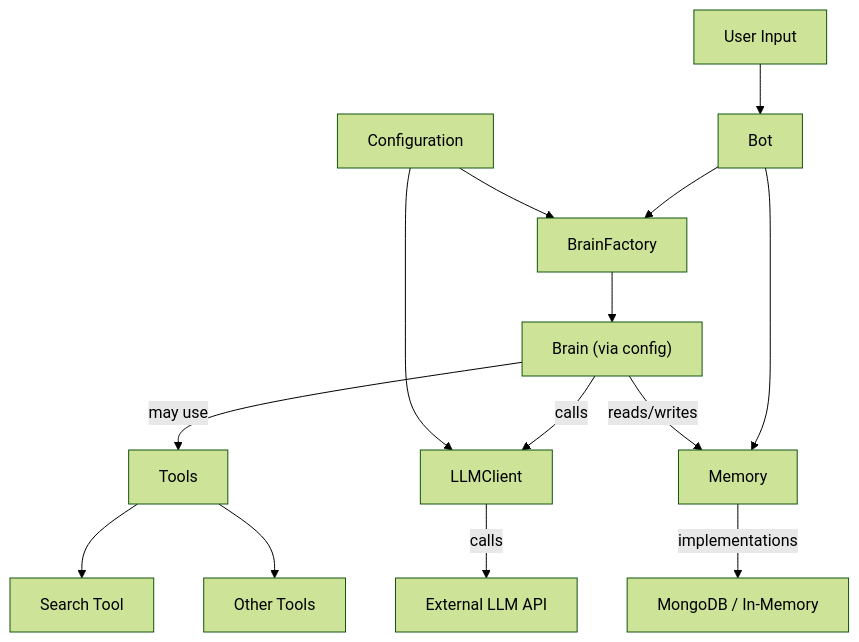
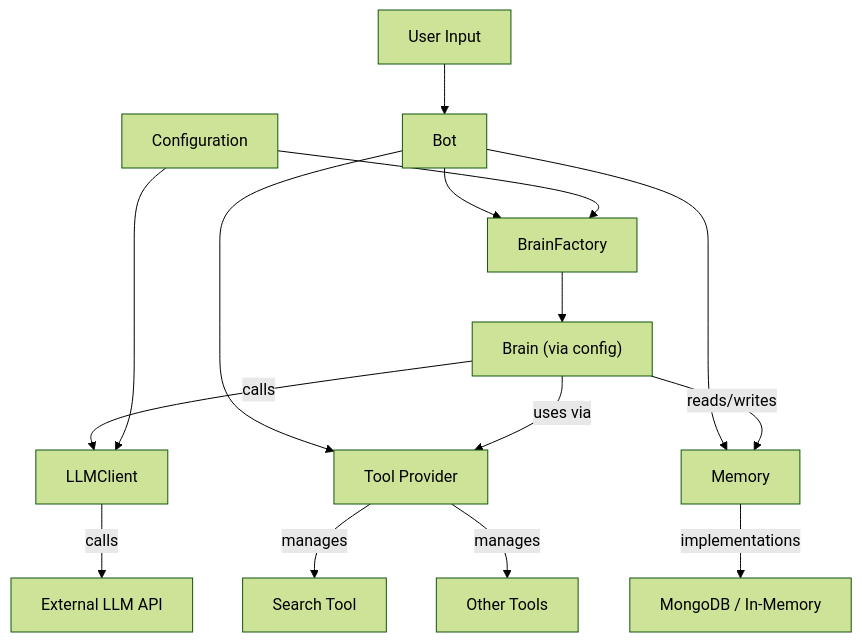
The first of 2 diagrams in README.md (minhbtrc/chatbot-template), drawn with Mermaid (forest theme) before and after one commit. The commit also changed other lines of this file and 51 other files, not shown here.

````diff
--- a/README.md
+++ b/README.md
@@ -104,29 +102,30 @@
 ```mermaid
 graph TD
     %% Entry
     UserInput["User Input"] --> Bot
 
     %% Bot Layer
     Bot --> BrainFactory
     BrainFactory --> BrainInstance["Brain (via config)"]
     Bot --> Memory
+    Bot --> ToolProvider["Tool Provider"]
     
     %% Reasoning Layer
     BrainInstance -->|calls| LLMClient
-    BrainInstance -->|may use| Tools
+    BrainInstance -->|uses via| ToolProvider
     BrainInstance -->|reads/writes| Memory
     
     %% LLM Layer
     LLMClient -->|calls| ExternalAPI["External LLM API"]
     
     %% Tool Layer
-    Tools --> SearchTool["Search Tool"]
-    Tools --> OtherTools["Other Tools"]
+    ToolProvider -->|manages| SearchTool["Search Tool"]
+    ToolProvider -->|manages| OtherTools["Other Tools"]
     
     %% Memory Layer
     Memory -->|implementations| StorageOptions["MongoDB / In-Memory"]
     
     %% Configuration
     Config["Configuration"] --> BrainFactory
     Config --> LLMClient
 ```
````
